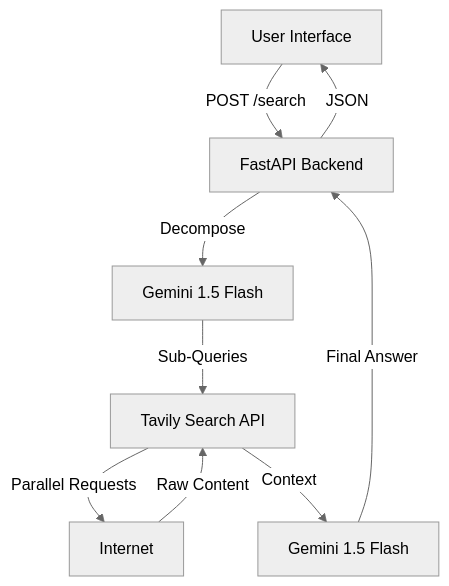
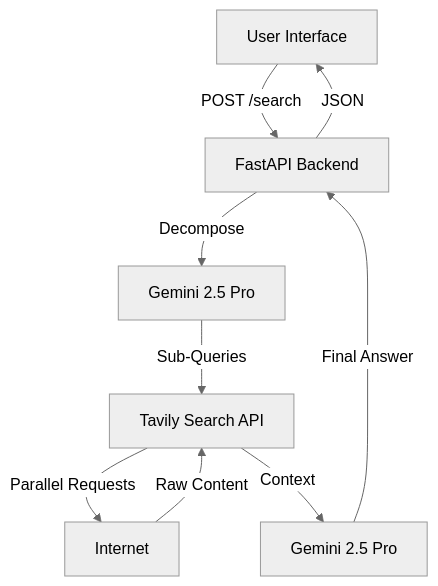
The diagram in README.md (Yash-Pandey007/research_assistant), drawn with Mermaid (neutral theme) before and after one commit. The commit also changed other lines of this file, not shown here.

Commit message:
Update README to reflect the use of Google Gemini 2.5 Pro and refine associated model details and troubleshooting.

````diff
--- a/README.md
+++ b/README.md
@@ -118,11 +118,11 @@
 ```mermaid
 graph TD
     User[User Interface] -->|POST /search| API[FastAPI Backend]
-    API -->|Decompose| Planner[Gemini 1.5 Flash]
+    API -->|Decompose| Planner[Gemini 2.5 Pro]
     Planner -->|Sub-Queries| Search[Tavily Search API]
     Search -->|Parallel Requests| Web[Internet]
     Web -->|Raw Content| Search
-    Search -->|Context| Synthesizer[Gemini 1.5 Flash]
+    Search -->|Context| Synthesizer[Gemini 2.5 Pro]
     Synthesizer -->|Final Answer| API
     API -->|JSON| User
 ```
````
